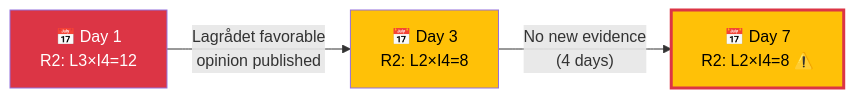
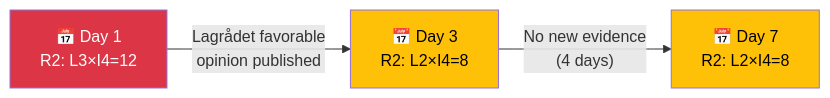
One commit to Hack23/riksdagsmonitor changed the seventh of 7 diagrams in analysis/methodologies/political-risk-methodology.md. Above: the diagram before and after it, drawn with Mermaid. The commit also changed 3 other files, not shown here.

First line of the commit message:
Review round 6: fix Data Freshness format, carry-forward markers, duplicate H1, Mermaid ⚠️, and risk categories

````diff
--- a/analysis/methodologies/political-risk-methodology.md
+++ b/analysis/methodologies/political-risk-methodology.md
@@ -499,13 +499,13 @@
 ```mermaid
 graph LR
     D1["📅 Day 1<br/>R2: L3×I4=12"]
     D3["📅 Day 3<br/>R2: L2×I4=8"]
-    D7["📅 Day 7<br/>R2: L2×I4=8 ⚠️"]
+    D7["📅 Day 7<br/>R2: L2×I4=8"]
 
     D1 -->|"Lagrådet favorable<br/>opinion published"| D3
     D3 -->|"No new evidence<br/>(4 days)"| D7
 
     style D1 fill:#dc3545,color:#fff
     style D3 fill:#ffc107,color:#000
-    style D7 fill:#ffc107,color:#000,stroke:#dc3545,stroke-width:3px
+    style D7 fill:#ffc107,color:#000
 ```
````
